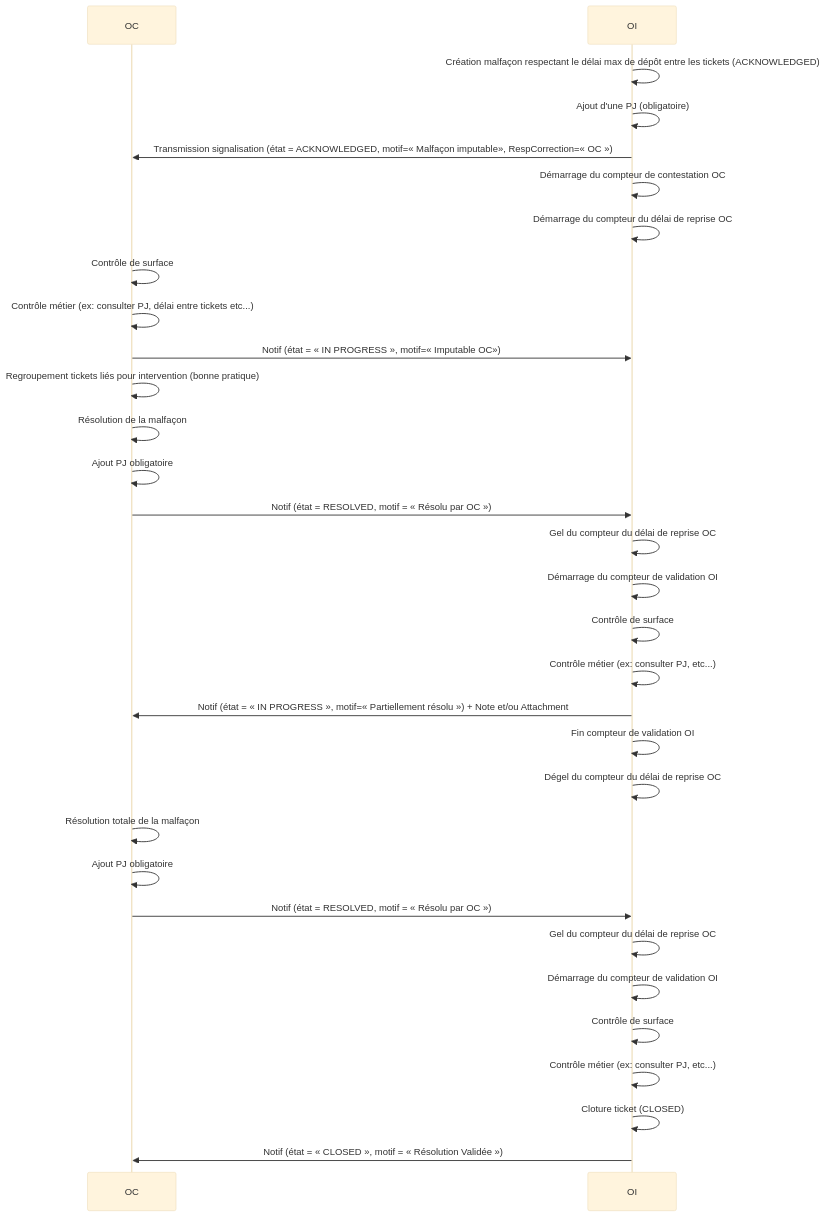
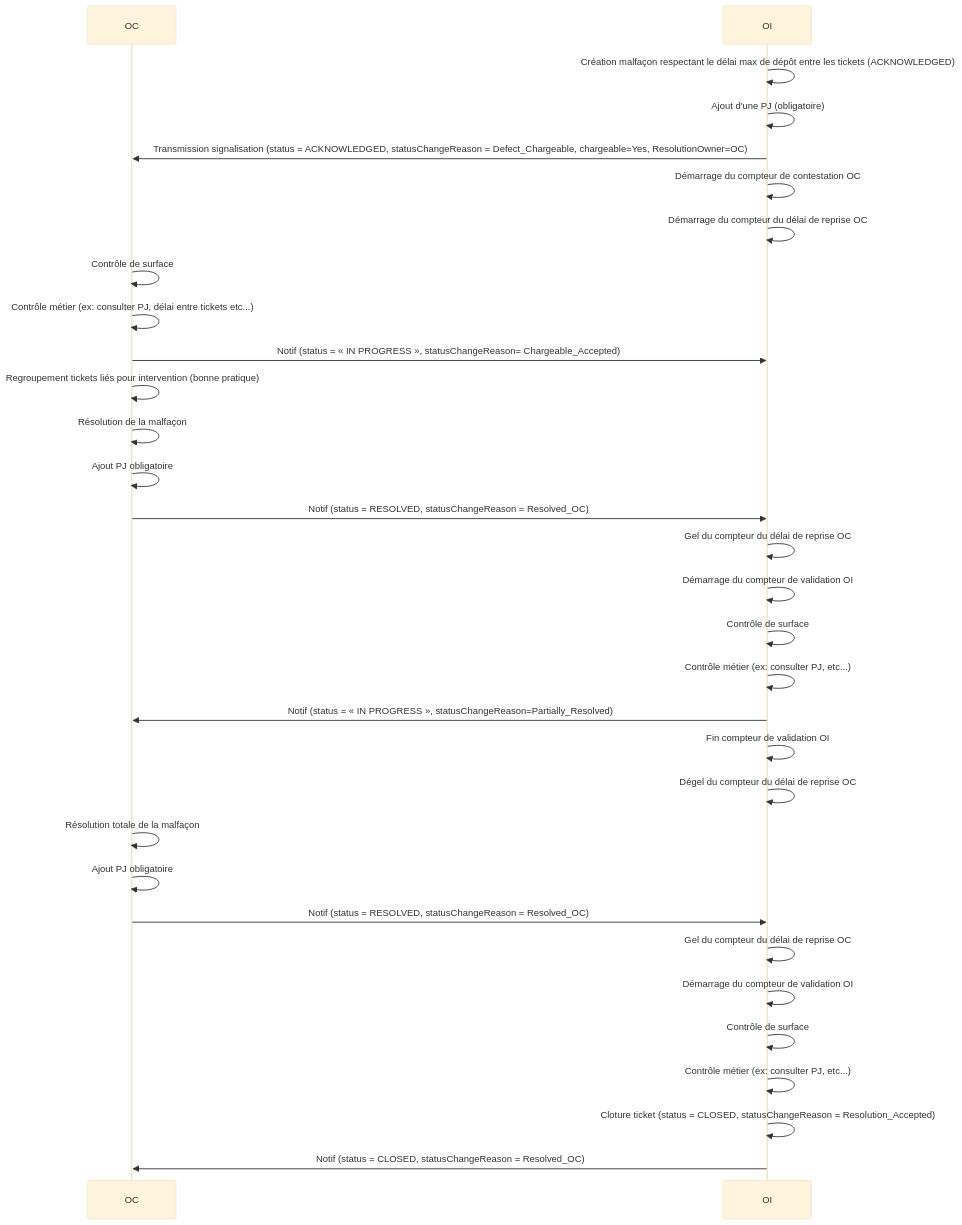
One commit to before-interop/malfacon changed the ninth of 14 diagrams in README.md. Above: the diagram before and after it, drawn with Mermaid (base theme). The commit also changed other lines of this file and 1 other file, not shown here.

````diff
--- a/README.md
+++ b/README.md
@@ -461,35 +455,36 @@
 ```mermaid
 sequenceDiagram
 
   participant OC
   participant OI
 
+
   OI->>OI: Création malfaçon respectant le délai max de dépôt entre les tickets (ACKNOWLEDGED)
   OI->>OI: Ajout d'une PJ (obligatoire)
-  OI->>OC: Transmission signalisation (état = ACKNOWLEDGED, motif=« Malfaçon imputable», RespCorrection=« OC »)
+  OI->>OC: Transmission signalisation (status = ACKNOWLEDGED, statusChangeReason = Defect_Chargeable, chargeable=Yes, ResolutionOwner=OC)
   OI->>OI: Démarrage du compteur de contestation OC
   OI->>OI: Démarrage du compteur du délai de reprise OC
   OC->>OC: Contrôle de surface
   OC->>OC: Contrôle métier (ex: consulter PJ, délai entre tickets etc...)
-  OC->>OI: Notif (état = « IN PROGRESS », motif=« Imputable OC»)
+  OC->>OI: Notif (status = « IN PROGRESS », statusChangeReason= Chargeable_Accepted)
   OC->>OC: Regroupement tickets liés pour intervention (bonne pratique)
   OC->>OC: Résolution de la malfaçon
   OC->>OC: Ajout PJ obligatoire
-  OC->>OI: Notif (état = RESOLVED, motif = « Résolu par OC »)
+  OC->>OI: Notif (status = RESOLVED, statusChangeReason = Resolved_OC)
   OI->>OI: Gel du compteur du délai de reprise OC
   OI->>OI: Démarrage du compteur de validation OI
   OI->>OI: Contrôle de surface
   OI->>OI: Contrôle métier (ex: consulter PJ, etc...)
-  OI->>OC: Notif (état = « IN PROGRESS », motif=« Partiellement résolu ») + Note et/ou Attachment
+  OI->>OC: Notif (status = « IN PROGRESS », statusChangeReason=Partially_Resolved)
   OI->>OI: Fin compteur de validation OI
   OI->>OI: Dégel du compteur du délai de reprise OC
   OC->>OC: Résolution totale de la malfaçon
   OC->>OC: Ajout PJ obligatoire
-  OC->>OI: Notif (état = RESOLVED, motif = « Résolu par OC »)
+  OC->>OI: Notif (status = RESOLVED, statusChangeReason = Resolved_OC)
   OI->>OI: Gel du compteur du délai de reprise OC
   OI->>OI: Démarrage du compteur de validation OI
   OI->>OI: Contrôle de surface
   OI->>OI: Contrôle métier (ex: consulter PJ, etc...)
-  OI->>OI: Cloture ticket (CLOSED)
-  OI->>OC: Notif (état = « CLOSED », motif = « Résolution Validée »)
+  OI->>OI: Cloture ticket (status = CLOSED, statusChangeReason = Resolution_Accepted)
+  OI->>OC: Notif (status = CLOSED, statusChangeReason = Resolved_OC)
 ```
````
